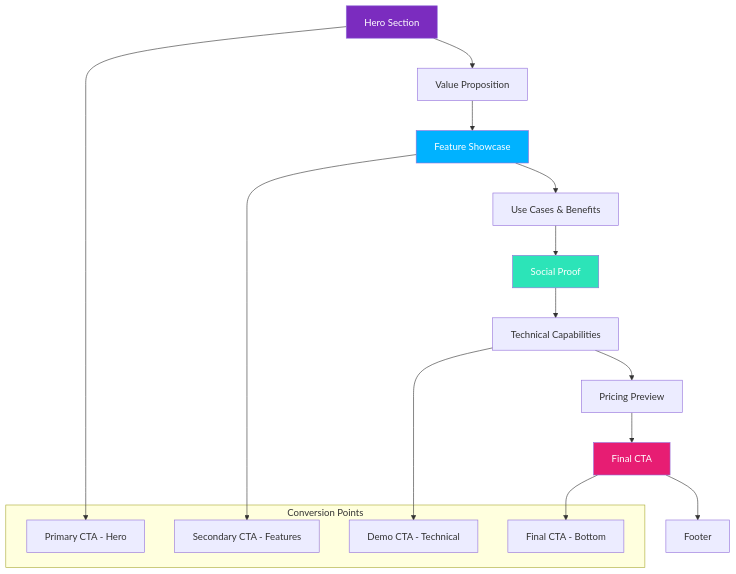
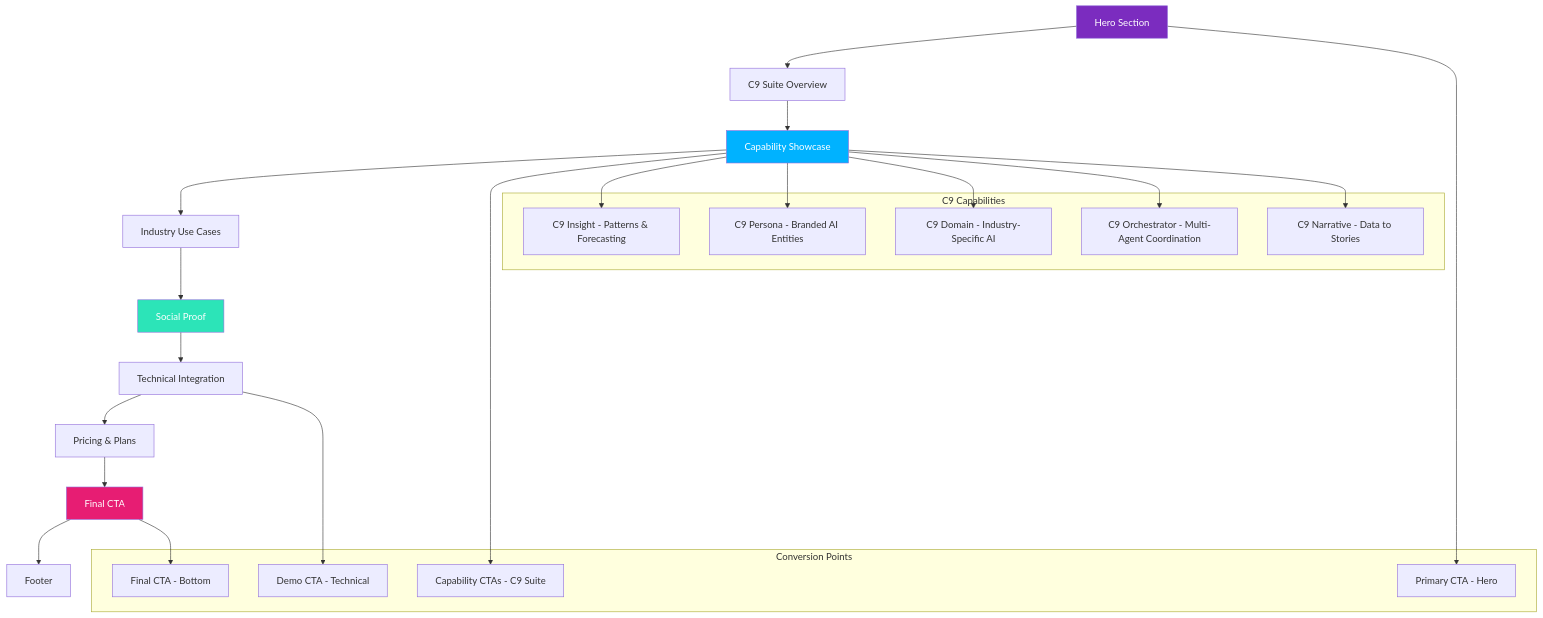
One commit to EtherealVisions/c9d-ai changed the second of 3 diagrams in .kiro/specs/landing-page/design.md. Above: the diagram before and after it, drawn with Mermaid. The commit also changed other lines of this file and 77 other files, not shown here.

````diff
--- a/.kiro/specs/landing-page/design.md
+++ b/.kiro/specs/landing-page/design.md
@@ -49,28 +50,42 @@
 ```mermaid
 graph TD
-    A[Hero Section] --> B[Value Proposition]
-    B --> C[Feature Showcase]
-    C --> D[Use Cases & Benefits]
+    A[Hero Section] --> B[C9 Suite Overview]
+    B --> C[Capability Showcase]
+    C --> D[Industry Use Cases]
     D --> E[Social Proof]
-    E --> F[Technical Capabilities]
-    F --> G[Pricing Preview]
+    E --> F[Technical Integration]
+    F --> G[Pricing & Plans]
     G --> H[Final CTA]
     H --> I[Footer]
     
+    subgraph "C9 Capabilities"
+        C1[C9 Insight - Patterns & Forecasting]
+        C2[C9 Persona - Branded AI Entities]
+        C3[C9 Domain - Industry-Specific AI]
+        C4[C9 Orchestrator - Multi-Agent Coordination]
+        C5[C9 Narrative - Data to Stories]
+    end
+    
     subgraph "Conversion Points"
         CTA1[Primary CTA - Hero]
-        CTA2[Secondary CTA - Features]
+        CTA2[Capability CTAs - C9 Suite]
         CTA3[Demo CTA - Technical]
         CTA4[Final CTA - Bottom]
     end
     
     A --> CTA1
     C --> CTA2
     F --> CTA3
     H --> CTA4
     
+    C --> C1
+    C --> C2
+    C --> C3
+    C --> C4
+    C --> C5
+    
     style A fill:#7B2CBF,color:#fff
     style C fill:#00B2FF,color:#fff
     style E fill:#2CE4B8,color:#fff
     style H fill:#E71D73,color:#fff
 ```
````
